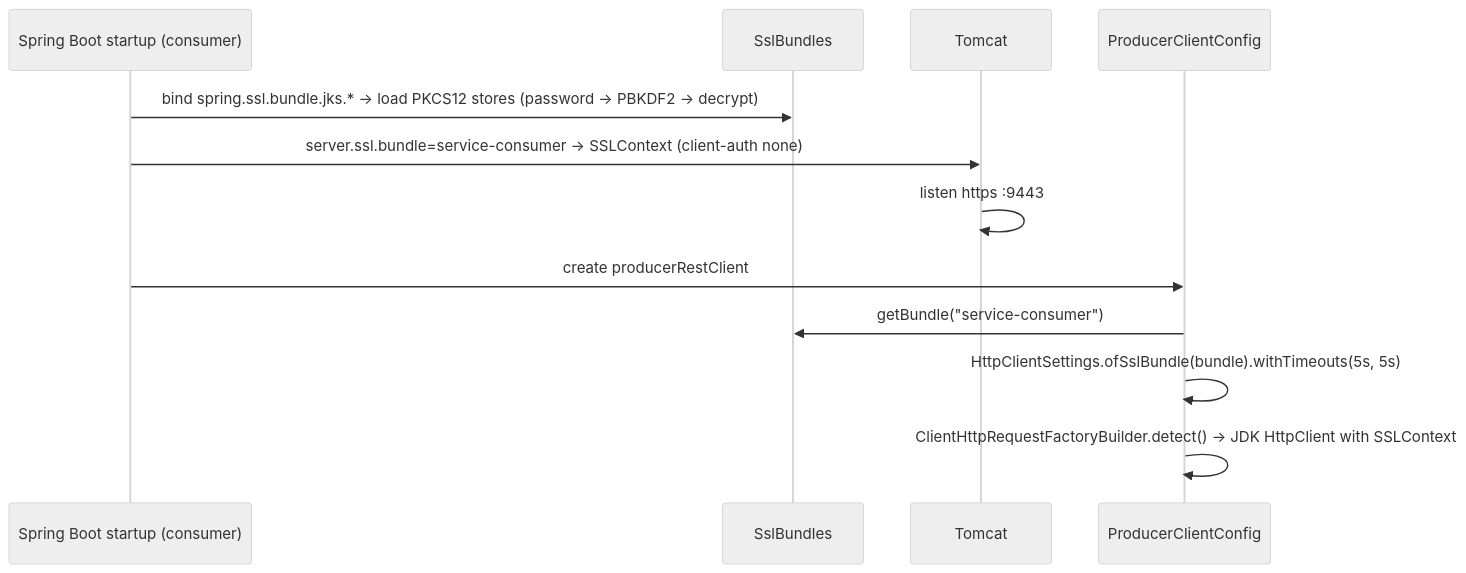
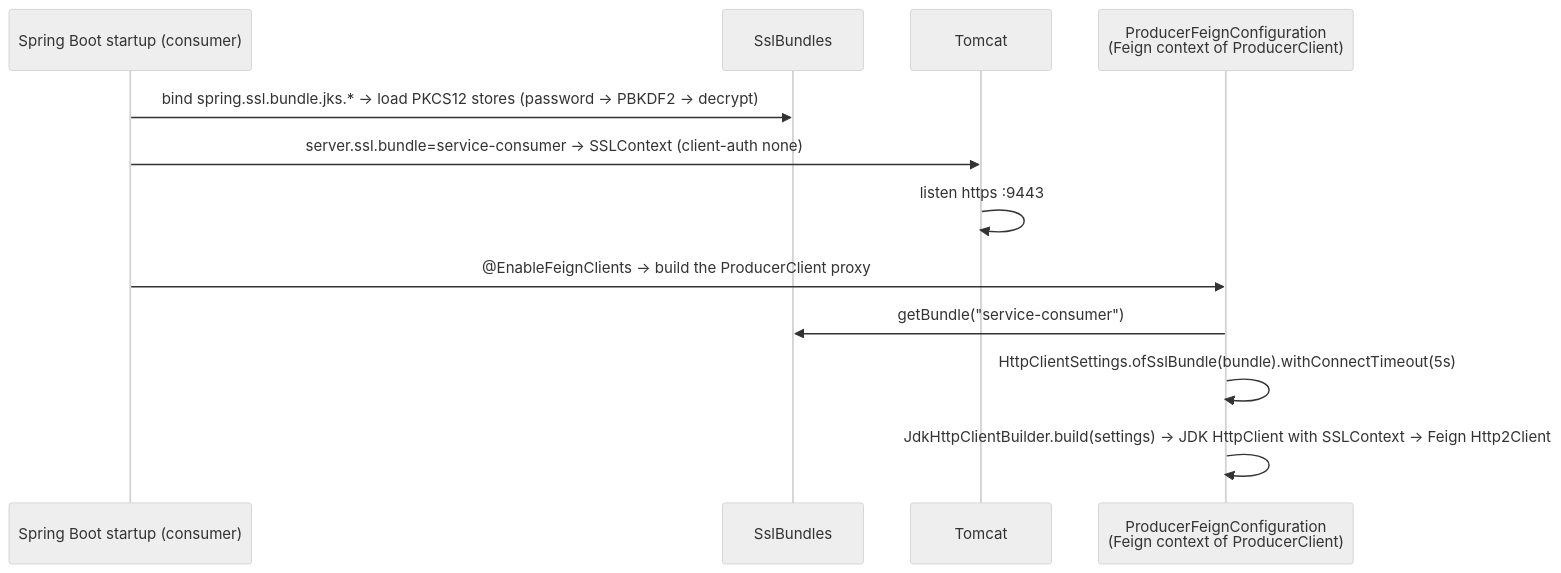
Before and after one commit to himnay/learning-mtls: diagram 21 of 24 in README.md, drawn with Mermaid (neutral theme). The commit also changed other lines of this file and 11 other files, not shown here.

````diff
--- a/README.md
+++ b/README.md
@@ -849,14 +859,14 @@
 ```mermaid
 sequenceDiagram
     participant Boot as Spring Boot startup (consumer)
     participant Reg as SslBundles
     participant Tom as Tomcat
-    participant RC as ProducerClientConfig
+    participant FC as ProducerFeignConfiguration<br/>(Feign context of ProducerClient)
     Boot->>Reg: bind spring.ssl.bundle.jks.* → load PKCS12 stores (password → PBKDF2 → decrypt)
     Boot->>Tom: server.ssl.bundle=service-consumer → SSLContext (client-auth none)
     Tom->>Tom: listen https :9443
-    Boot->>RC: create producerRestClient
-    RC->>Reg: getBundle("service-consumer")
-    RC->>RC: HttpClientSettings.ofSslBundle(bundle).withTimeouts(5s, 5s)
-    RC->>RC: ClientHttpRequestFactoryBuilder.detect() → JDK HttpClient with SSLContext
+    Boot->>FC: @EnableFeignClients → build the ProducerClient proxy
+    FC->>Reg: getBundle("service-consumer")
+    FC->>FC: HttpClientSettings.ofSslBundle(bundle).withConnectTimeout(5s)
+    FC->>FC: JdkHttpClientBuilder.build(settings) → JDK HttpClient with SSLContext → Feign Http2Client
 ```
````
